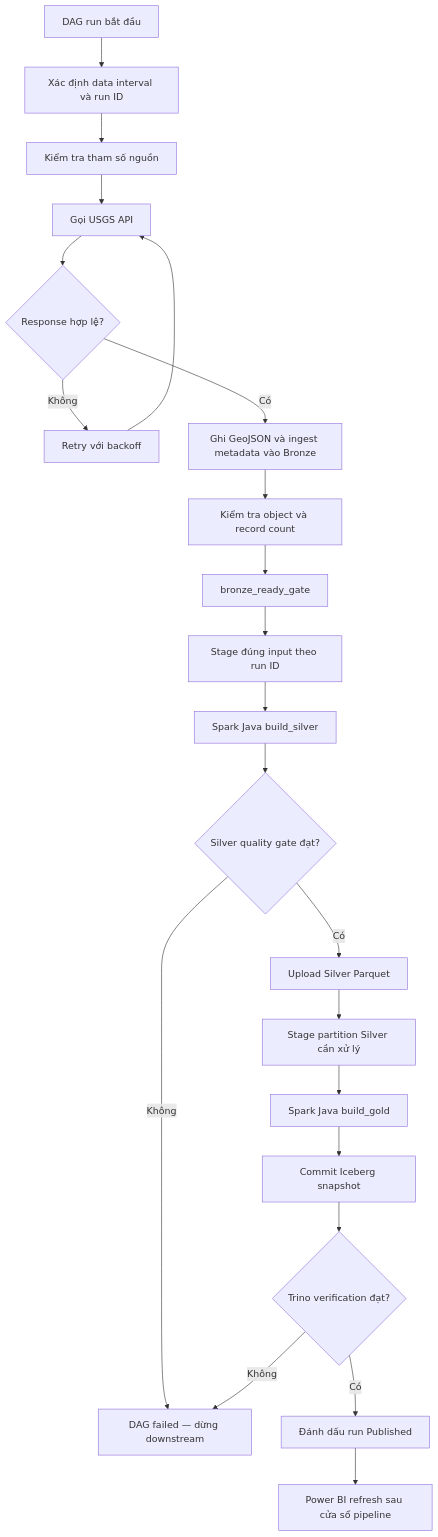
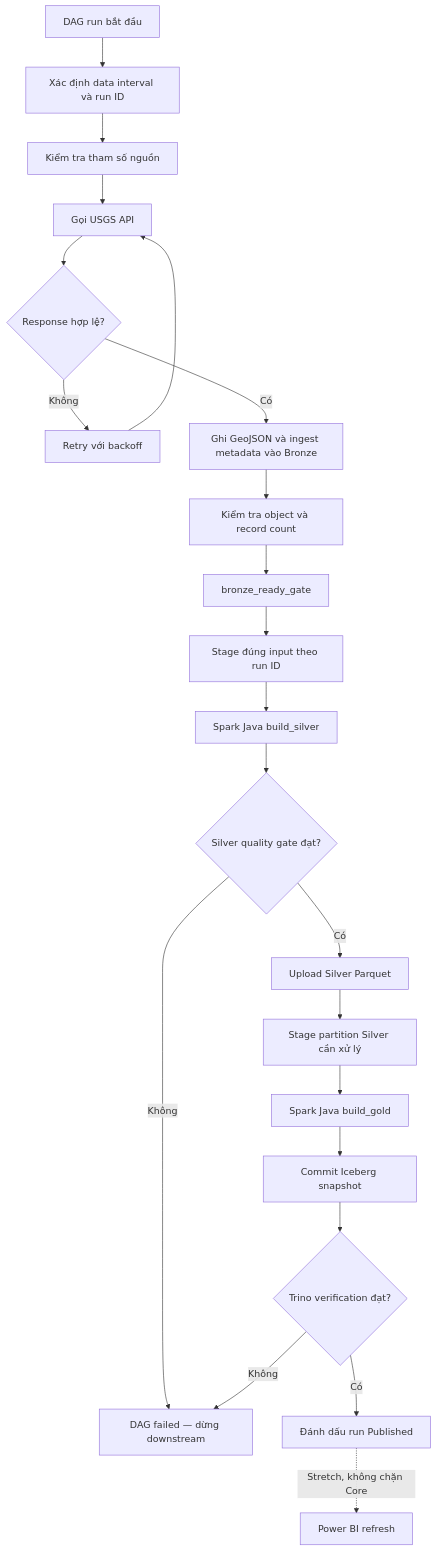
Before and after one commit to HoaiTam/japan-earthquake-etl: the first of 2 diagrams in docs/flows/DAILY_ETL_PIPELINE.md, drawn with Mermaid. The commit also changed other lines of this file and 22 other files, not shown here.

````diff
--- a/docs/flows/DAILY_ETL_PIPELINE.md
+++ b/docs/flows/DAILY_ETL_PIPELINE.md
@@ -34,24 +42,24 @@
 ```mermaid
 flowchart TD
     START["DAG run bắt đầu"] --> RESOLVE["Xác định data interval và run ID"]
     RESOLVE --> CHECK_SOURCE["Kiểm tra tham số nguồn"]
     CHECK_SOURCE --> EXTRACT["Gọi USGS API"]
     EXTRACT --> VALIDATE_RESPONSE{"Response hợp lệ?"}
     VALIDATE_RESPONSE -- Không --> RETRY["Retry với backoff"]
     RETRY --> EXTRACT
     VALIDATE_RESPONSE -- Có --> WRITE_BRONZE["Ghi GeoJSON và ingest metadata vào Bronze"]
     WRITE_BRONZE --> VERIFY_BRONZE["Kiểm tra object và record count"]
     VERIFY_BRONZE --> GATE["bronze_ready_gate"]
     GATE --> STAGE_BRONZE["Stage đúng input theo run ID"]
     STAGE_BRONZE --> BUILD_SILVER["Spark Java build_silver"]
     BUILD_SILVER --> CHECK_SILVER{"Silver quality gate đạt?"}
     CHECK_SILVER -- Không --> FAIL["DAG failed — dừng downstream"]
     CHECK_SILVER -- Có --> PUBLISH_SILVER["Upload Silver Parquet"]
     PUBLISH_SILVER --> STAGE_SILVER["Stage partition Silver cần xử lý"]
     STAGE_SILVER --> BUILD_GOLD["Spark Java build_gold"]
     BUILD_GOLD --> COMMIT["Commit Iceberg snapshot"]
     COMMIT --> VERIFY_GOLD{"Trino verification đạt?"}
     VERIFY_GOLD -- Không --> FAIL
     VERIFY_GOLD -- Có --> READY["Đánh dấu run Published"]
-    READY --> REFRESH["Power BI refresh sau cửa sổ pipeline"]
+    READY -. "Stretch, không chặn Core" .-> REFRESH["Power BI refresh"]
 ```
````
